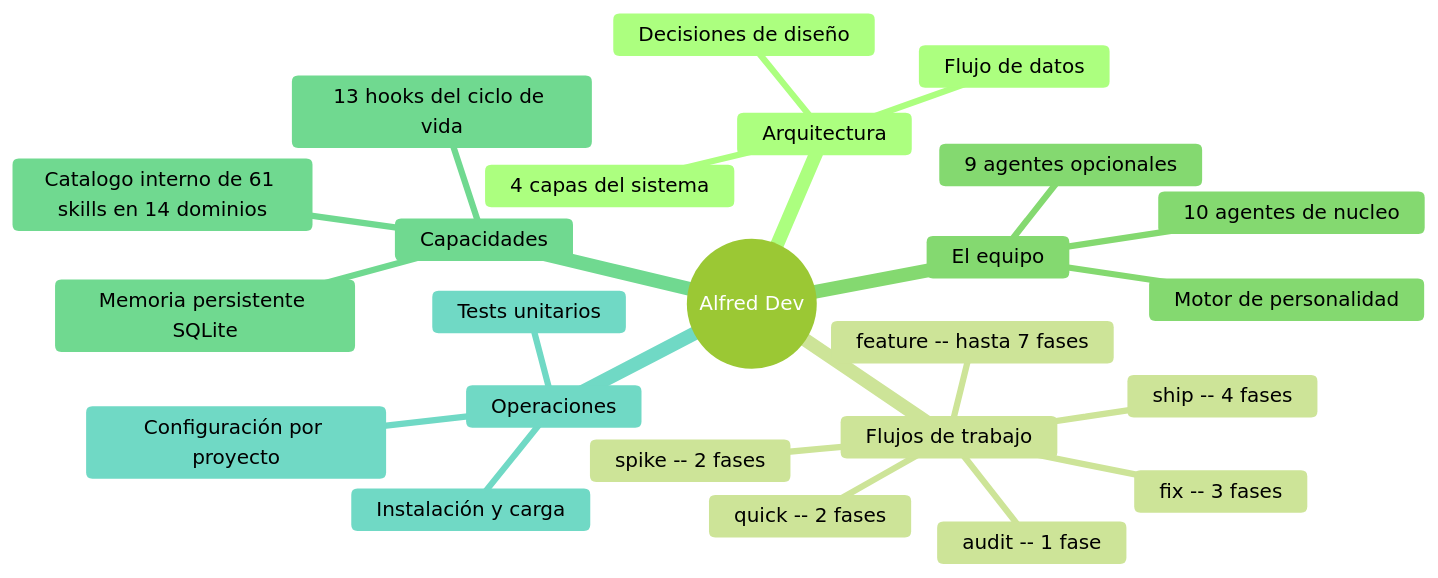
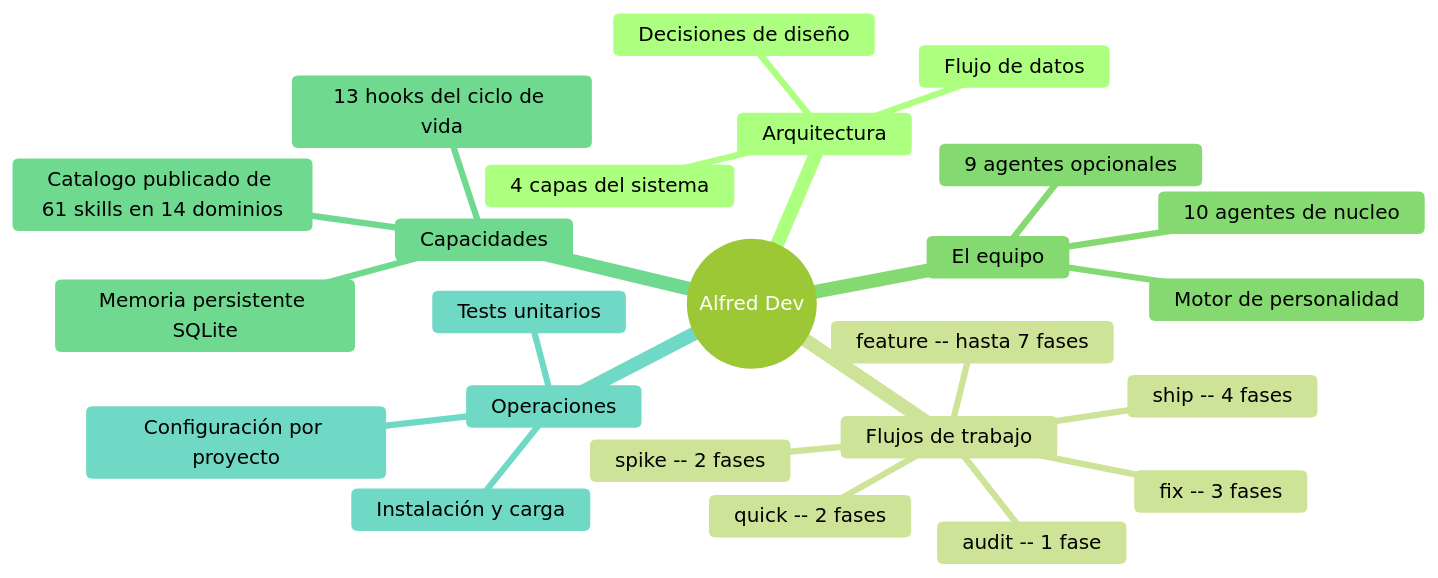
The diagram in docs/README.md (686f6c61/alfred-dev), drawn with Mermaid (forest theme) before and after one commit. The commit also changed other lines of this file and 44 other files, not shown here.

````diff
--- a/docs/README.md
+++ b/docs/README.md
@@ -13,27 +13,27 @@
 ```mermaid
 mindmap
   root((Alfred Dev))
     Arquitectura
       4 capas del sistema
       Decisiones de diseño
       Flujo de datos
     Flujos de trabajo
       feature -- hasta 7 fases
       fix -- 3 fases
       spike -- 2 fases
       ship -- 4 fases
       audit -- 1 fase
       quick -- 2 fases
     El equipo
       10 agentes de nucleo
       9 agentes opcionales
       Motor de personalidad
     Capacidades
-      Catalogo interno de 61 skills en 14 dominios
+      Catalogo publicado de 61 skills en 14 dominios
       13 hooks del ciclo de vida
       Memoria persistente SQLite
     Operaciones
       Instalación y carga
       Configuración por proyecto
       Tests unitarios
 ```
````
